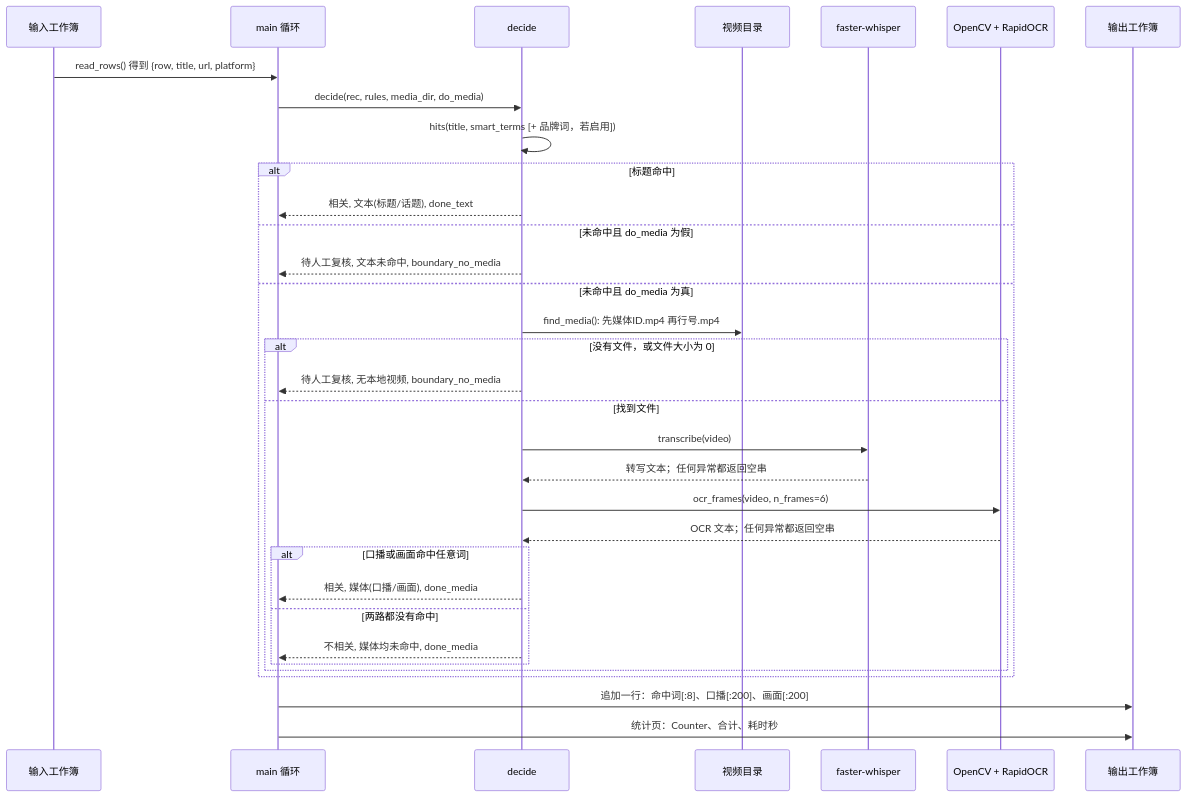
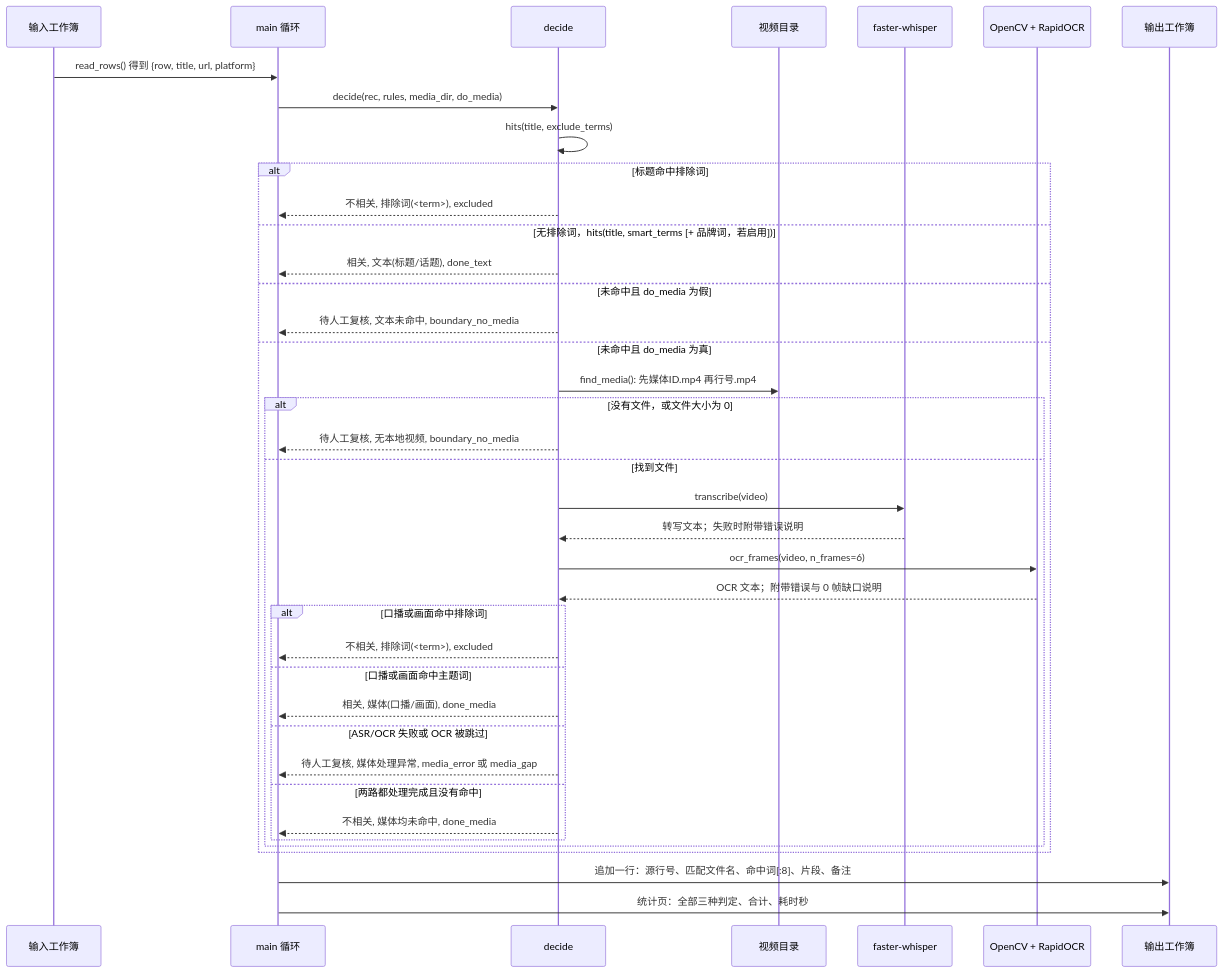
Before and after one commit to Ethan-upgrade/sv-topic-screener: the second of 6 diagrams in README.zh-CN.md, drawn with Mermaid. The commit also changed other lines of this file and 4 other files, not shown here.

First line of the commit message:
fix: honour exclude terms, surface media failures and keep source rows

````diff
--- a/README.zh-CN.md
+++ b/README.zh-CN.md
@@ -149,36 +168,42 @@
 ```mermaid
 sequenceDiagram
     participant X as 输入工作簿
     participant M as main 循环
     participant D as decide
     participant FS as 视频目录
     participant W as faster-whisper
     participant O as OpenCV + RapidOCR
     participant OB as 输出工作簿
 
     X->>M: read_rows() 得到 {row, title, url, platform}
     M->>D: decide(rec, rules, media_dir, do_media)
-    D->>D: hits(title, smart_terms [+ 品牌词，若启用])
-    alt 标题命中
+    D->>D: hits(title, exclude_terms)
+    alt 标题命中排除词
+        D-->>M: 不相关, 排除词(<term>), excluded
+    else 无排除词，hits(title, smart_terms [+ 品牌词，若启用])
         D-->>M: 相关, 文本(标题/话题), done_text
     else 未命中且 do_media 为假
         D-->>M: 待人工复核, 文本未命中, boundary_no_media
     else 未命中且 do_media 为真
         D->>FS: find_media(): 先媒体ID.mp4 再行号.mp4
         alt 没有文件，或文件大小为 0
             D-->>M: 待人工复核, 无本地视频, boundary_no_media
         else 找到文件
             D->>W: transcribe(video)
-            W-->>D: 转写文本；任何异常都返回空串
+            W-->>D: 转写文本；失败时附带错误说明
             D->>O: ocr_frames(video, n_frames=6)
-            O-->>D: OCR 文本；任何异常都返回空串
-            alt 口播或画面命中任意词
+            O-->>D: OCR 文本；附带错误与 0 帧缺口说明
+            alt 口播或画面命中排除词
+                D-->>M: 不相关, 排除词(<term>), excluded
+            else 口播或画面命中主题词
                 D-->>M: 相关, 媒体(口播/画面), done_media
-            else 两路都没有命中
+            else ASR/OCR 失败或 OCR 被跳过
+                D-->>M: 待人工复核, 媒体处理异常, media_error 或 media_gap
+            else 两路都处理完成且没有命中
                 D-->>M: 不相关, 媒体均未命中, done_media
             end
         end
     end
-    M->>OB: 追加一行：命中词[:8]、口播[:200]、画面[:200]
-    M->>OB: 统计页：Counter、合计、耗时秒
+    M->>OB: 追加一行：源行号、匹配文件名、命中词[:8]、片段、备注
+    M->>OB: 统计页：全部三种判定、合计、耗时秒
 ```
````
